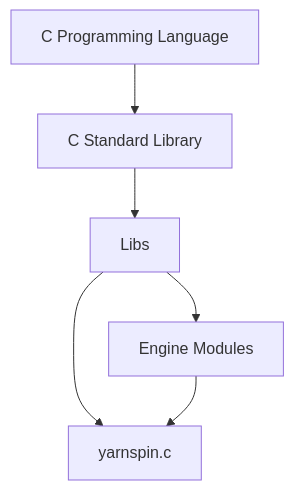
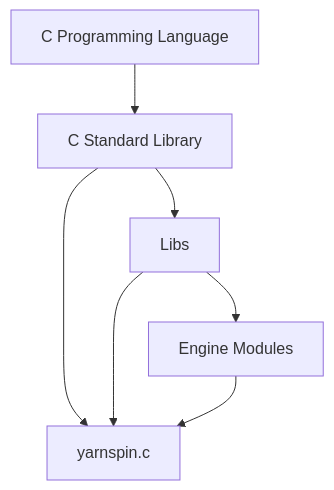
The diagram in docs/programmer.md (aganm/yarnspin), drawn with Mermaid before and after one commit.

````diff
--- a/docs/programmer.md
+++ b/docs/programmer.md
@@ -147,8 +147,9 @@
 ```mermaid
  graph TD;
     A[C Programming Language] --> B[C Standard Library];
     B[C Standard Library] --> C[Libs];
     C[Libs] --> D[Engine Modules];
+    B[C Standard Library] --> E[yarnspin.c];
     C[Libs] --> E[yarnspin.c];
     D[Engine Modules] --> E[yarnspin.c];
 ```
````
